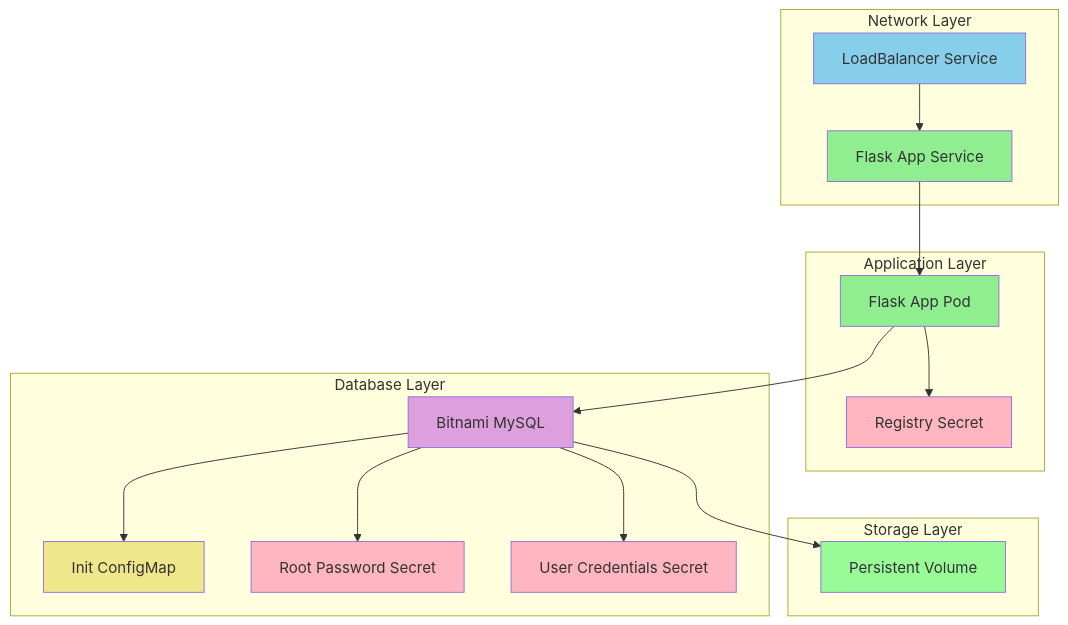
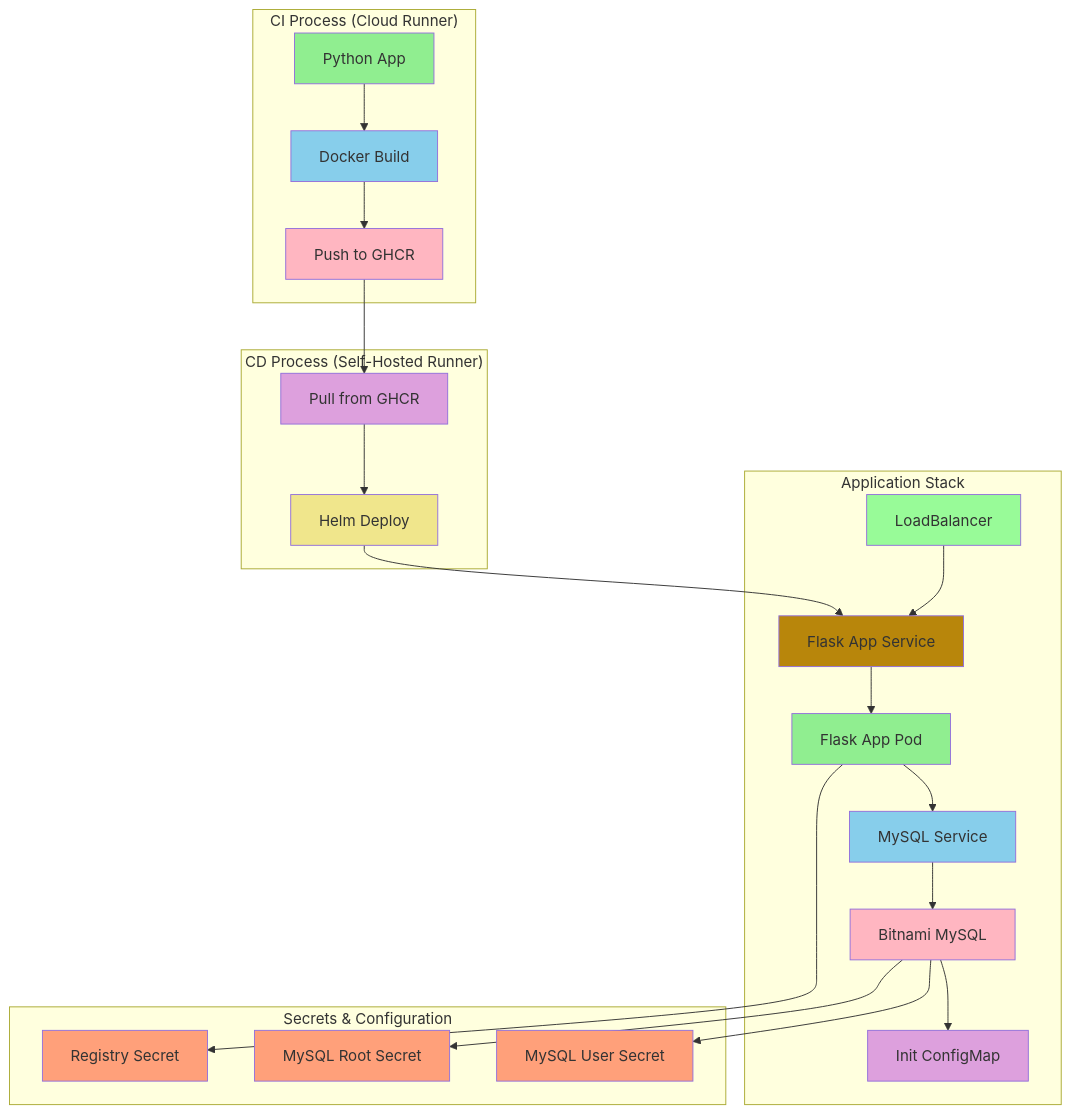
The first of 2 diagrams in README.md (dvirmoyal/world-of-game), drawn with Mermaid before and after one commit.

Commit message:
docs: update branch to v2.2.0 update read me and use helm   [skip ci]

````diff
--- a/README.md
+++ b/README.md
@@ -3,31 +3,45 @@
 ```mermaid
 graph TB
-    subgraph "Network Layer"
-        LB[LoadBalancer Service] --> APP[Flask App Service]
-        style LB fill:#87CEEB
+    subgraph "CI Process (Cloud Runner)"
+        A[Python App] --> B[Docker Build]
+        B --> C[Push to GHCR]
+        style A fill:#90EE90
+        style B fill:#87CEEB
+        style C fill:#FFB6C1
     end
 
-    subgraph "Application Layer"
-        APP --> POD[Flask App Pod]
-        POD --> SEC[Registry Secret]
-        style APP fill:#90EE90
-        style POD fill:#90EE90
-        style SEC fill:#FFB6C1
+    subgraph "CD Process (Self-Hosted Runner)"
+        D[Pull from GHCR] --> E[Helm Deploy]
+        style D fill:#DDA0DD
+        style E fill:#F0E68C
     end
 
-    subgraph "Database Layer"
-        POD --> MYSQL[Bitnami MySQL]
-        MYSQL --> CONF[Init ConfigMap]
-        MYSQL --> S1[Root Password Secret]
-        MYSQL --> S2[User Credentials Secret]
-        style MYSQL fill:#DDA0DD
-        style CONF fill:#F0E68C
-        style S1 fill:#FFB6C1
-        style S2 fill:#FFB6C1
+    subgraph "Application Stack"
+        F[LoadBalancer] --> G[Flask App Service]
+        G --> H[Flask App Pod]
+        H --> I[MySQL Service]
+        I --> J[Bitnami MySQL]
+        J --> K[Init ConfigMap]
+        style F fill:#98FB98
+        style G fill:#B8860B
+        style H fill:#90EE90
+        style I fill:#87CEEB
+        style J fill:#FFB6C1
+        style K fill:#DDA0DD
     end
 
-    subgraph "Storage Layer"
-        MYSQL --> PV[Persistent Volume]
-        style PV fill:#98FB98
+    subgraph "Secrets & Configuration"
+        L[Registry Secret]
+        M[MySQL Root Secret]
+        N[MySQL User Secret]
+        style L fill:#FFA07A
+        style M fill:#FFA07A
+        style N fill:#FFA07A
     end
+
+    C --> D
+    E --> G
+    H --> L
+    J --> M
+    J --> N
 ```
````
